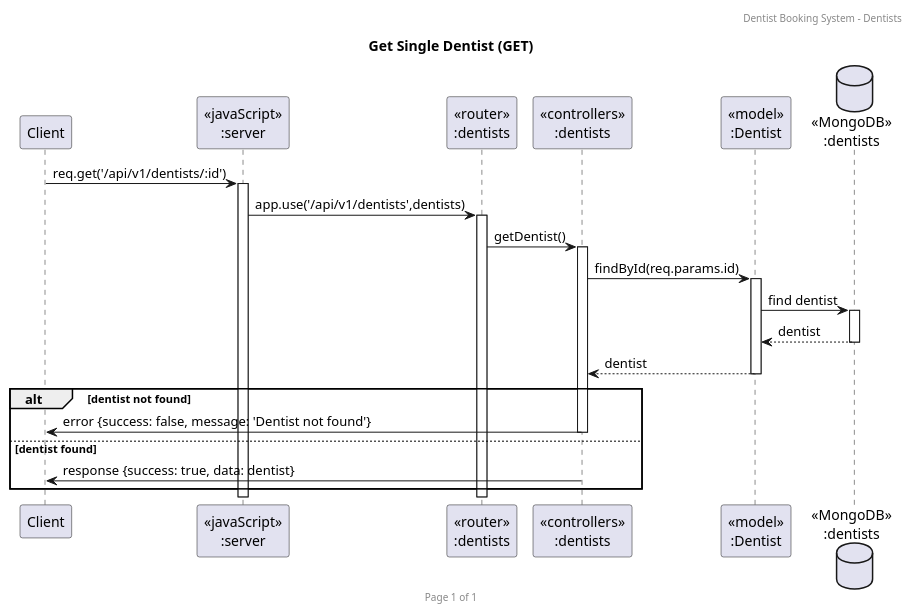
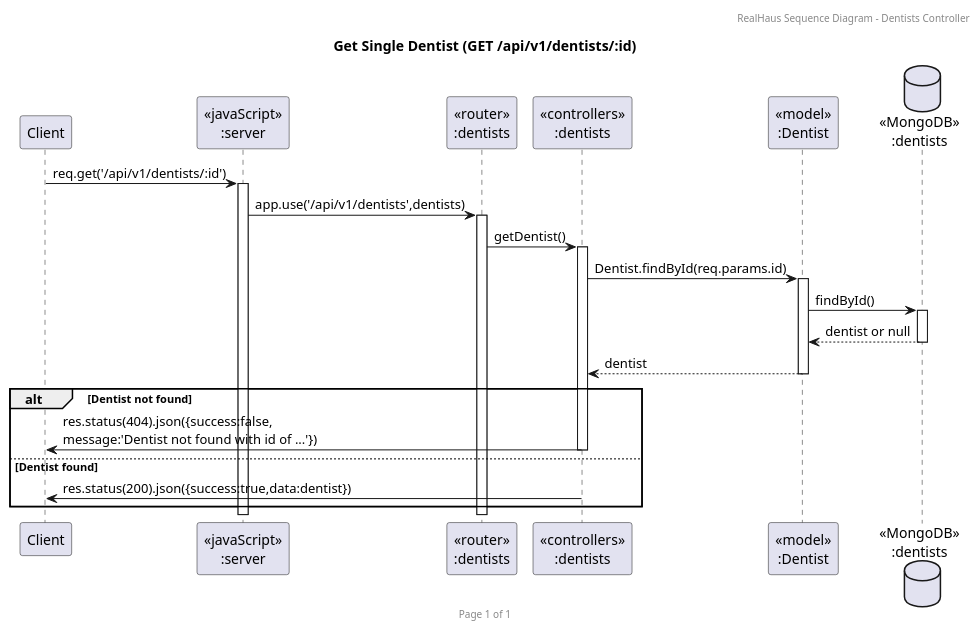
The diagram in sequence-diagram/dentists/getDentist.puml (2110503-CEDT68/se-project-be-68-2-haus89), drawn with PlantUML before and after one commit. The commit also changed 31 other files, not shown here.

Commit message:
fix: update User scheme, controllers, routes and sequence-diagram

```diff
--- a/sequence-diagram/dentists/getDentist.puml
+++ b/sequence-diagram/dentists/getDentist.puml
@@ -1,28 +1,29 @@
 @startuml Get Single Dentist (GET)
 
-header Dentist Booking System - Dentists
+header RealHaus Sequence Diagram - Dentists Controller
 footer Page %page% of %lastpage%
-title "Get Single Dentist (GET)"
+title "Get Single Dentist (GET /api/v1/dentists/:id)"
 
 participant "Client" as client
 participant "<<javaScript>>\n:server" as server
 participant "<<router>>\n:dentists" as routerDentists
 participant "<<controllers>>\n:dentists" as controllersDentists
 participant "<<model>>\n:Dentist" as modelDentist
-database "<<MongoDB>>\n:dentists" as DentistsDatabase
+database "<<MongoDB>>\n:dentists" as DentistsDB
 
 client->server ++:req.get('/api/v1/dentists/:id')
 server->routerDentists ++:app.use('/api/v1/dentists',dentists)
 routerDentists -> controllersDentists ++:getDentist()
-controllersDentists->modelDentist ++:findById(req.params.id)
-modelDentist ->DentistsDatabase ++: find dentist
-DentistsDatabase --> modelDentist --: dentist
-controllersDentists <-- modelDentist --:dentist
 
-alt dentist not found
-    controllersDentists->client --:error {success: false, message: 'Dentist not found'}
-else dentist found
-    controllersDentists->client --:response {success: true, data: dentist}
+controllersDentists->modelDentist ++:Dentist.findById(req.params.id)
+modelDentist->DentistsDB ++: findById()
+DentistsDB-->modelDentist --: dentist or null
+controllersDentists<--modelDentist --:dentist
+
+alt Dentist not found
+    controllersDentists->client --:res.status(404).json({success:false,\nmessage:'Dentist not found with id of ...'})
+else Dentist found
+    controllersDentists->client --:res.status(200).json({success:true,data:dentist})
 end
 
 @enduml
```
